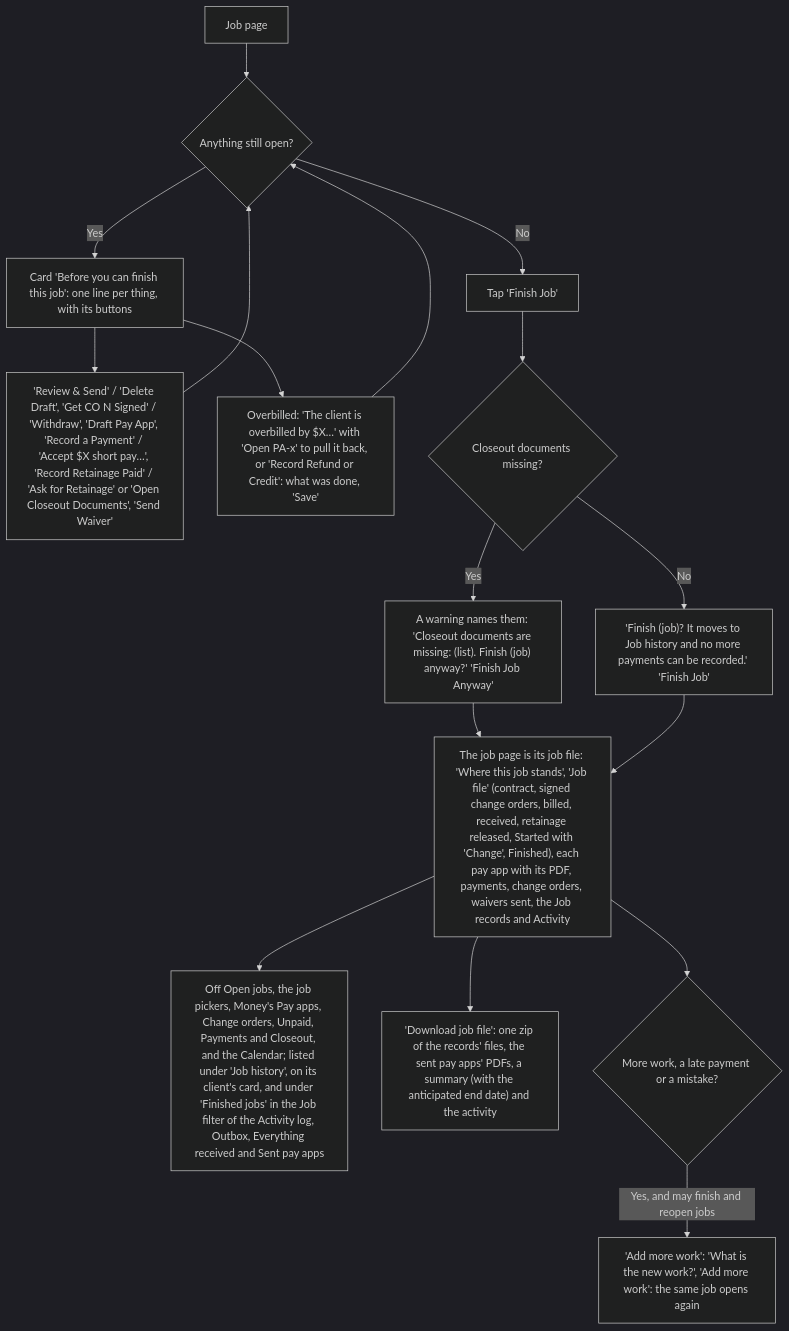
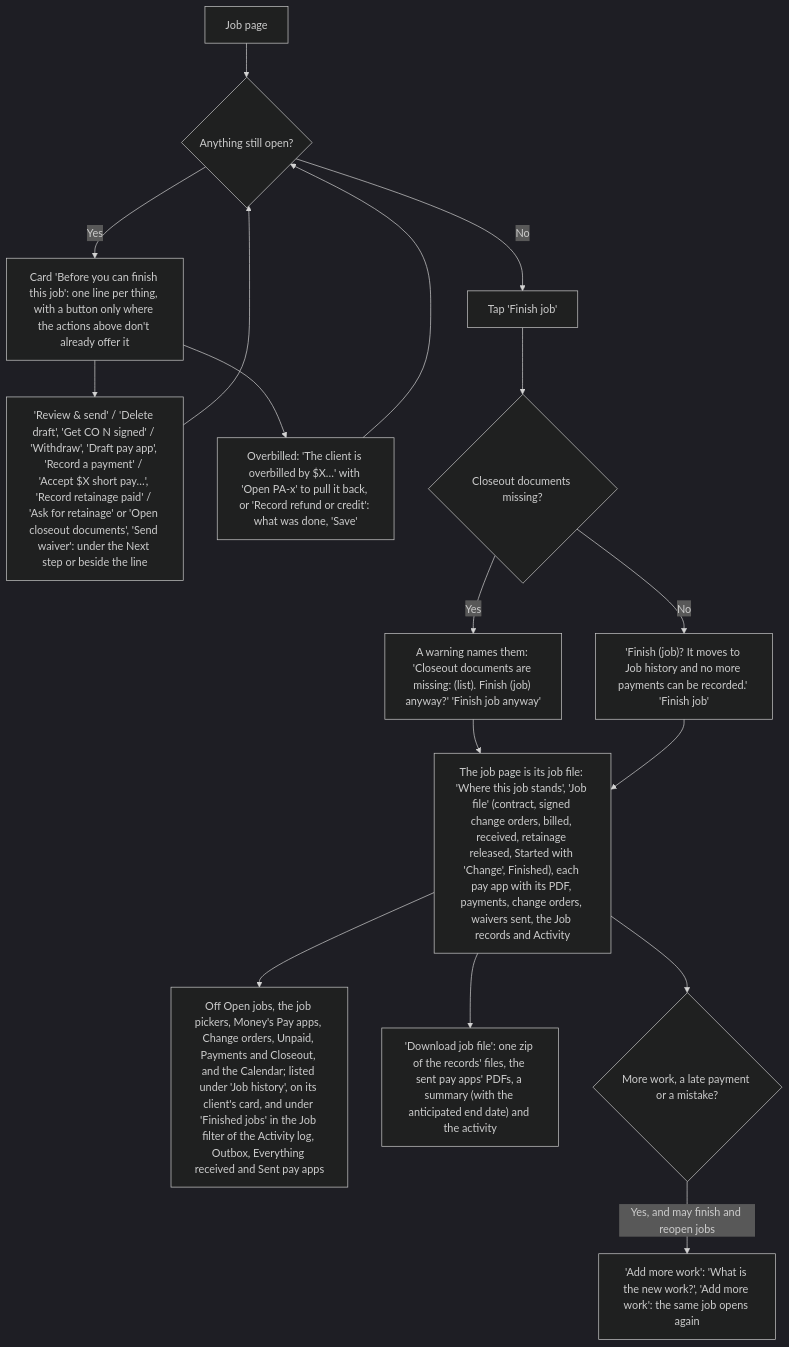
One commit to cartwrightstephen/billdable changed diagram 13 of 18 in docs/client-flows.md. Above: the diagram before and after it, drawn with Mermaid (dark theme). The commit also changed other lines of this file and 3 other files, not shown here.

Commit message:
Docs for Round 1: client-flows.md for every part and the follow-ups, file:line references refreshed, helper answers for New job, New job record, the client card, This billing period, Results and a team of one, README and MANUAL-TEST in sentence case

````diff
--- a/docs/client-flows.md
+++ b/docs/client-flows.md
@@ -590,19 +609,19 @@
 ```mermaid
 flowchart TD
     A["Job page"] --> B{"Anything still open?"}
-    B -->|"Yes"| C["Card 'Before you can finish this job': one line per thing, with its buttons"]
-    C --> D["'Review & Send' / 'Delete Draft', 'Get CO N Signed' / 'Withdraw', 'Draft Pay App', 'Record a Payment' / 'Accept $X short pay…', 'Record Retainage Paid' / 'Ask for Retainage' or 'Open Closeout Documents', 'Send Waiver'"]
-    C --> OB["Overbilled: 'The client is overbilled by $X…' with 'Open PA-x' to pull it back, or 'Record Refund or Credit': what was done, 'Save'"]
+    B -->|"Yes"| C["Card 'Before you can finish this job': one line per thing, with a button only where the actions above don't already offer it"]
+    C --> D["'Review & send' / 'Delete draft', 'Get CO N signed' / 'Withdraw', 'Draft pay app', 'Record a payment' / 'Accept $X short pay…', 'Record retainage paid' / 'Ask for retainage' or 'Open closeout documents', 'Send waiver': under the Next step or beside the line"]
+    C --> OB["Overbilled: 'The client is overbilled by $X…' with 'Open PA-x' to pull it back, or 'Record refund or credit': what was done, 'Save'"]
     OB --> B
     D --> B
-    B -->|"No"| E["Tap 'Finish Job'"]
+    B -->|"No"| E["Tap 'Finish job'"]
     E --> E1{"Closeout documents missing?"}
-    E1 -->|"Yes"| E2["A warning names them: 'Closeout documents are missing: (list). Finish (job) anyway?' 'Finish Job Anyway'"]
-    E1 -->|"No"| E3["'Finish (job)? It moves to Job history and no more payments can be recorded.' 'Finish Job'"]
+    E1 -->|"Yes"| E2["A warning names them: 'Closeout documents are missing: (list). Finish (job) anyway?' 'Finish job anyway'"]
+    E1 -->|"No"| E3["'Finish (job)? It moves to Job history and no more payments can be recorded.' 'Finish job'"]
     E2 --> F
     E3 --> F["The job page is its job file: 'Where this job stands', 'Job file' (contract, signed change orders, billed, received, retainage released, Started with 'Change', Finished), each pay app with its PDF, payments, change orders, waivers sent, the Job records and Activity"]
     F --> G["Off Open jobs, the job pickers, Money's Pay apps, Change orders, Unpaid, Payments and Closeout, and the Calendar; listed under 'Job history', on its client's card, and under 'Finished jobs' in the Job filter of the Activity log, Outbox, Everything received and Sent pay apps"]
     F --> DL["'Download job file': one zip of the records' files, the sent pay apps' PDFs, a summary (with the anticipated end date) and the activity"]
     F --> H{"More work, a late payment or a mistake?"}
     H -->|"Yes, and may finish and reopen jobs"| I["'Add more work': 'What is the new work?', 'Add more work': the same job opens again"]
 ```
````
